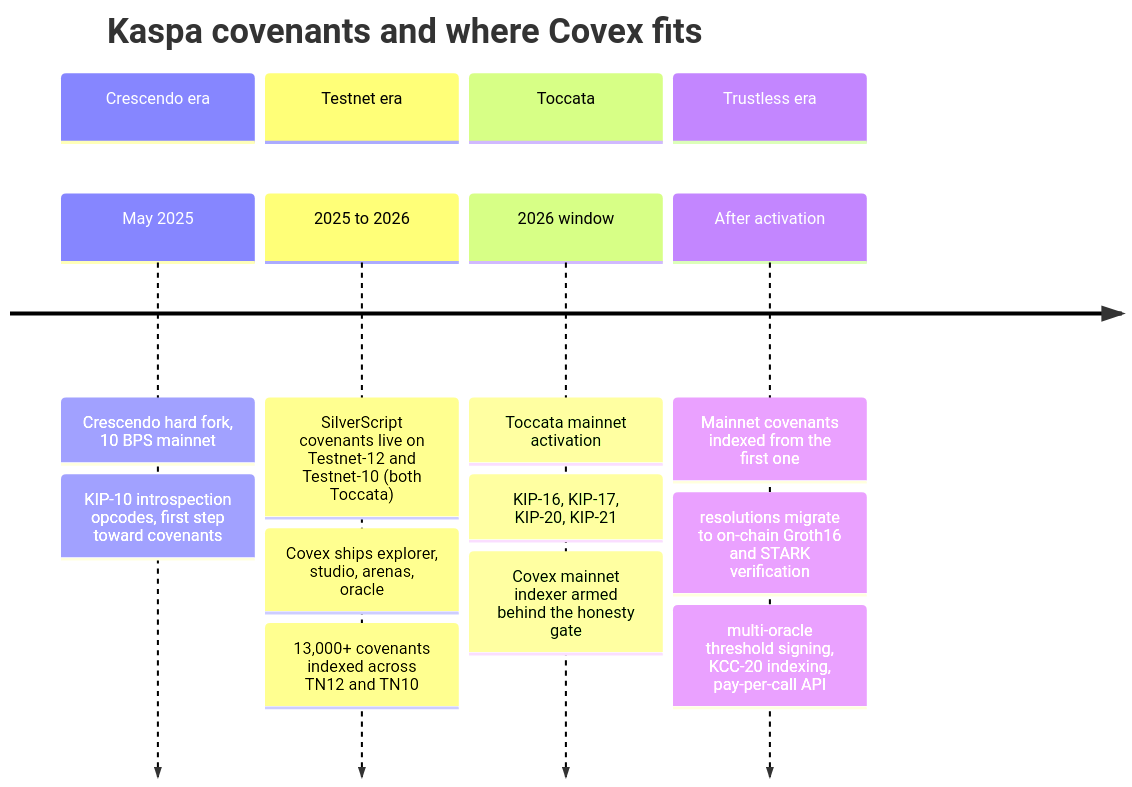
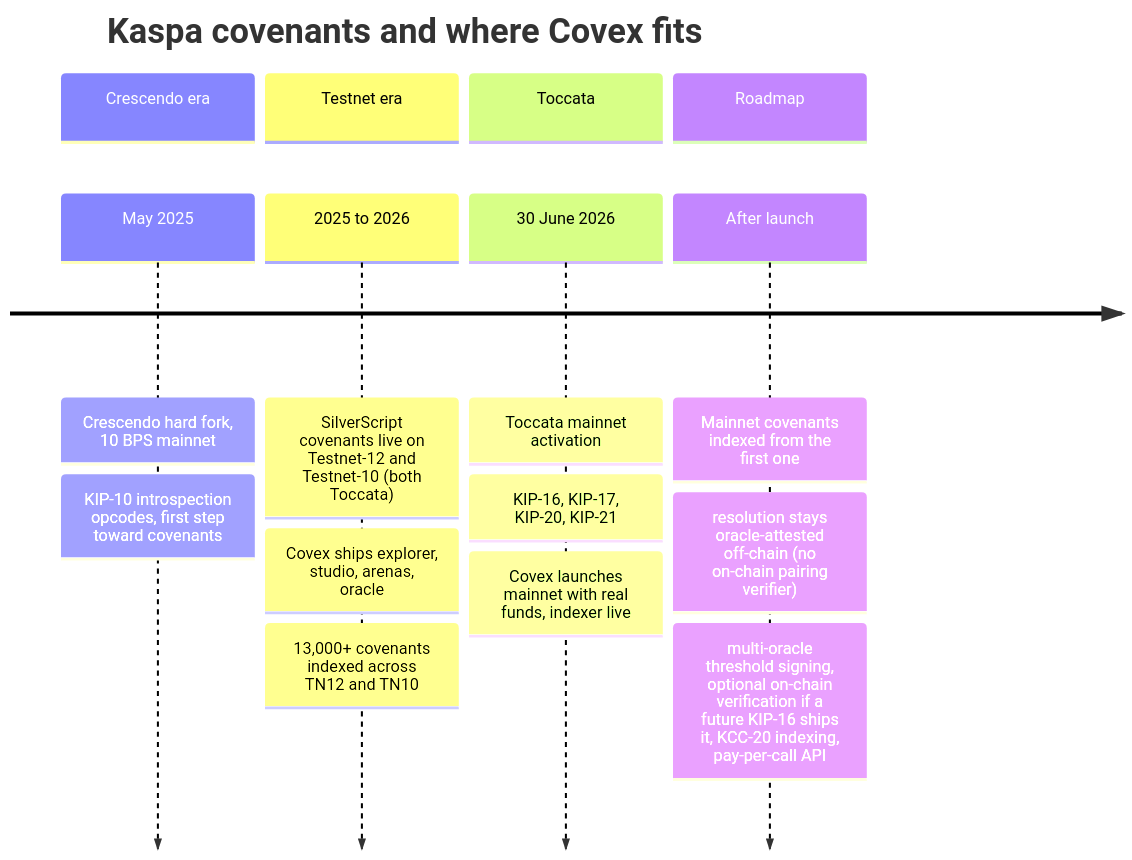
Before and after one commit to THTProtocol/Covex27: the fourth of 5 diagrams in README.md, drawn with Mermaid. The commit also changed other lines of this file and 14 other files, not shown here.

````diff
--- a/README.md
+++ b/README.md
@@ -250,12 +250,12 @@
 ```mermaid
 timeline
     title Kaspa covenants and where Covex fits
     section Crescendo era
         May 2025 : Crescendo hard fork, 10 BPS mainnet : KIP-10 introspection opcodes, first step toward covenants
     section Testnet era
         2025 to 2026 : SilverScript covenants live on Testnet-12 and Testnet-10 (both Toccata) : Covex ships explorer, studio, arenas, oracle : 13,000+ covenants indexed across TN12 and TN10
     section Toccata
-        2026 window : Toccata mainnet activation : KIP-16, KIP-17, KIP-20, KIP-21 : Covex mainnet indexer armed behind the honesty gate
-    section Trustless era
-        After activation : Mainnet covenants indexed from the first one : resolutions migrate to on-chain Groth16 and STARK verification : multi-oracle threshold signing, KCC-20 indexing, pay-per-call API
+        30 June 2026 : Toccata mainnet activation : KIP-16, KIP-17, KIP-20, KIP-21 : Covex launches mainnet with real funds, indexer live
+    section Roadmap
+        After launch : Mainnet covenants indexed from the first one : resolution stays oracle-attested off-chain (no on-chain pairing verifier) : multi-oracle threshold signing, optional on-chain verification if a future KIP-16 ships it, KCC-20 indexing, pay-per-call API
 ```
````
